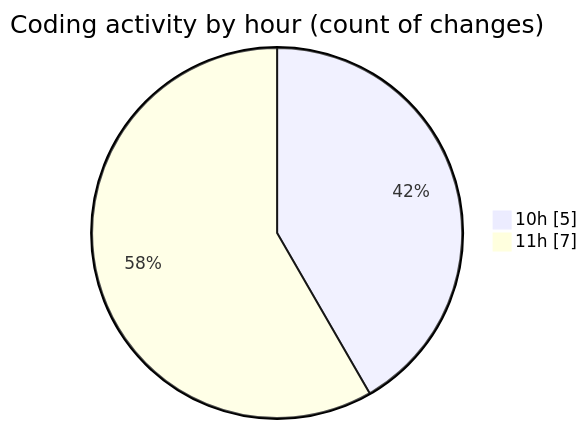
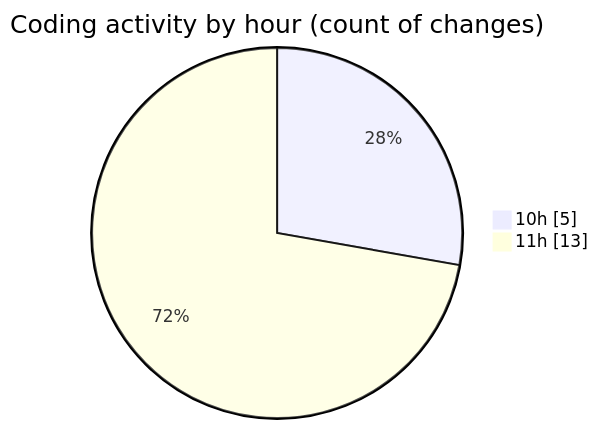
One commit to momahboobian/code-tracking changed the second of 2 diagrams in 2025-07-07/cda/README.md. Above: the diagram before and after it, drawn with Mermaid. The commit also changed other lines of this file and 1 other file, not shown here.

````diff
--- a/2025-07-07/cda/README.md
+++ b/2025-07-07/cda/README.md
@@ -34,6 +34,6 @@
 ```mermaid
 pie showData
 title Coding activity by hour (count of changes)
 "10h" : 5
-"11h" : 7
+"11h" : 13
 ```
````
